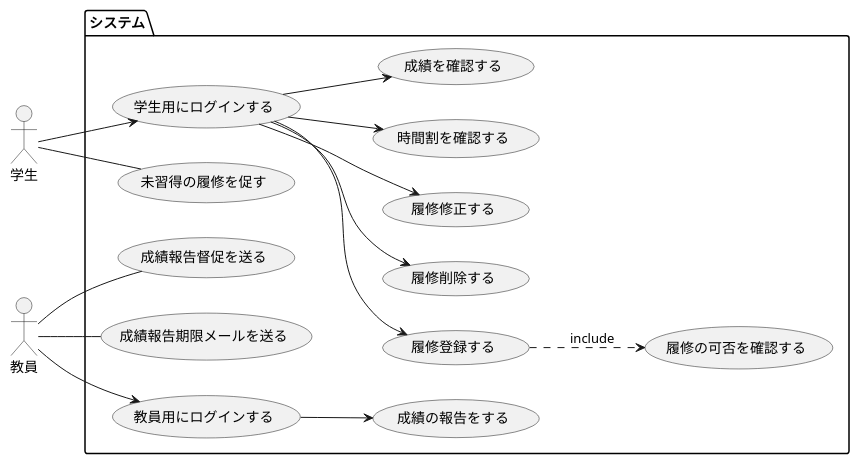
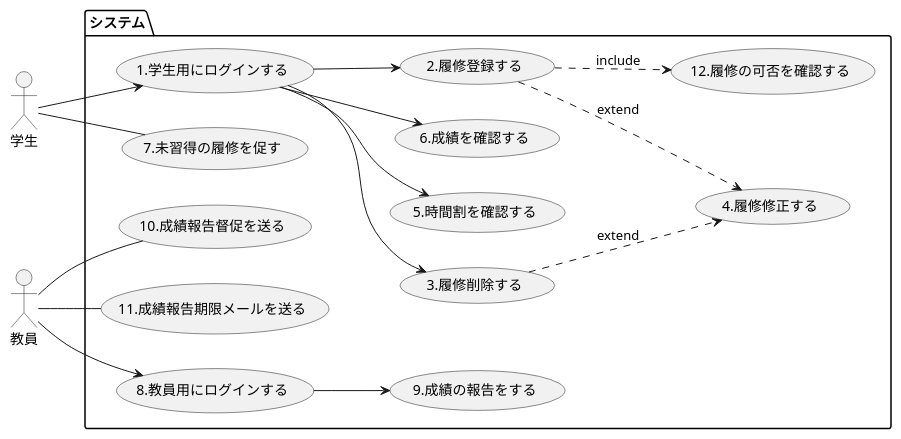
Before and after one commit to tanusai646/software-desine: the diagram in uml/15/usecase.puml, drawn with PlantUML.

Commit message:
一応完成

```diff
--- a/uml/15/usecase.puml
+++ b/uml/15/usecase.puml
@@ -1,41 +1,42 @@
 @startuml ユースケース図1
 left to right direction
 
 'アクター'
 :学生: as A1
 :教員: as A2
 
 
 'ユースケース'
 package システム{
-    (学生用にログインする)  as U0
-    (履修登録する) as U1
-    (履修削除する) as U2
-    (履修修正する) as U3
-    (時間割を確認する) as U4
-    (未習得の履修を促す) as U5
-    (成績の報告をする) as U6
-    (成績報告督促を送る) as U7
-    (成績報告期限メールを送る) as U8
-    (履修の可否を確認する) as U9
-    (成績を確認する) as U10
-    (教員用にログインする) as U11
+    (1.学生用にログインする)  as U0
+    (2.履修登録する) as U1
+    (3.履修削除する) as U2
+    (4.履修修正する) as U3
+    (5.時間割を確認する) as U4
+    (7.未習得の履修を促す) as U5
+    (9.成績の報告をする) as U6
+    (10.成績報告督促を送る) as U7
+    (11.成績報告期限メールを送る) as U8
+    (12.履修の可否を確認する) as U9
+    (6.成績を確認する) as U10
+    (8.教員用にログインする) as U11
 }
 
 '関係'
 U0 --> U1
 U0 --> U2 
-U0 --> U3 
+U1 ..> U3 : extend
+U2 ..> U3 : extend
 U0 --> U4 
 U0 --> U10 
 U1 ..> U9 : include
 
 A1 -- U5
 A1 --> U0
 
 A2 --> U11
 U11 --> U6 
 A2 -- U7
 A2 -- U8
 
 @enduml
```
